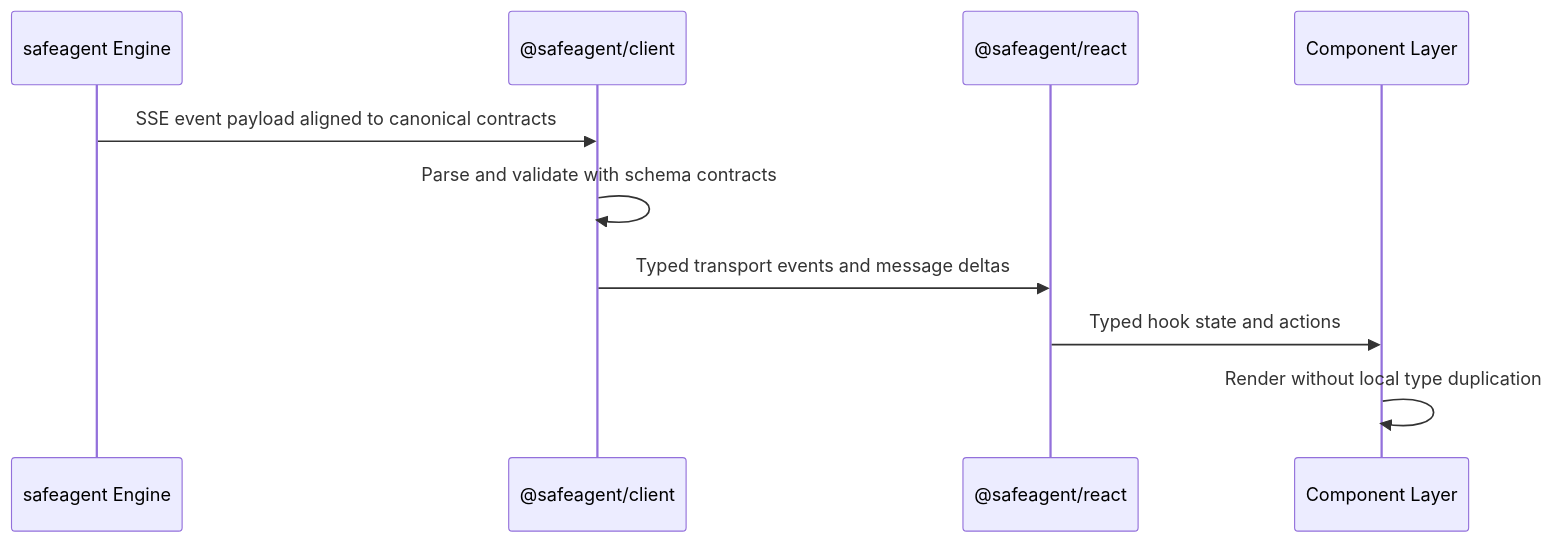
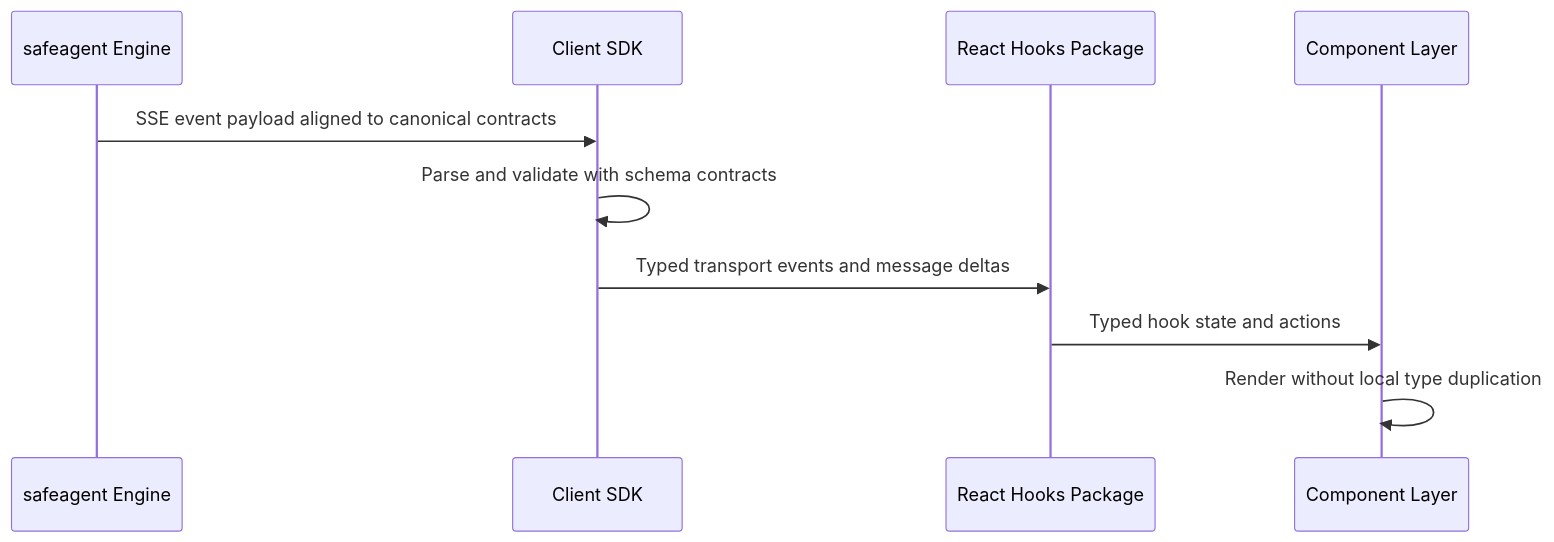
One commit to 1qh/safeagent changed the sixth of 18 diagrams in plan/18-frontend-sdk.md. Above: the diagram before and after it, drawn with Mermaid. The commit also changed other lines of this file and 18 other files, not shown here.

````diff
--- a/plan/18-frontend-sdk.md
+++ b/plan/18-frontend-sdk.md
@@ -160,13 +160,13 @@
 ```mermaid
 sequenceDiagram
     participant ENGINE as safeagent Engine
-    participant CLIENT as @safeagent/client
-    participant REACT as @safeagent/react
+    participant CLIENT as Client SDK
+    participant REACT as React Hooks Package
     participant UI as Component Layer
 
     ENGINE->>CLIENT: SSE event payload aligned to canonical contracts
     CLIENT->>CLIENT: Parse and validate with schema contracts
     CLIENT->>REACT: Typed transport events and message deltas
     REACT->>UI: Typed hook state and actions
     UI->>UI: Render without local type duplication
 ```
````
